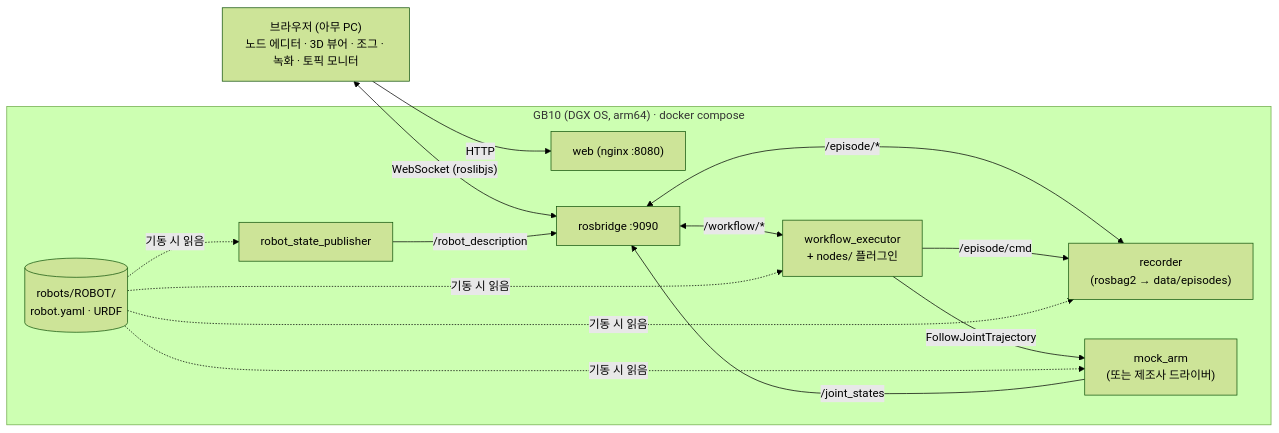
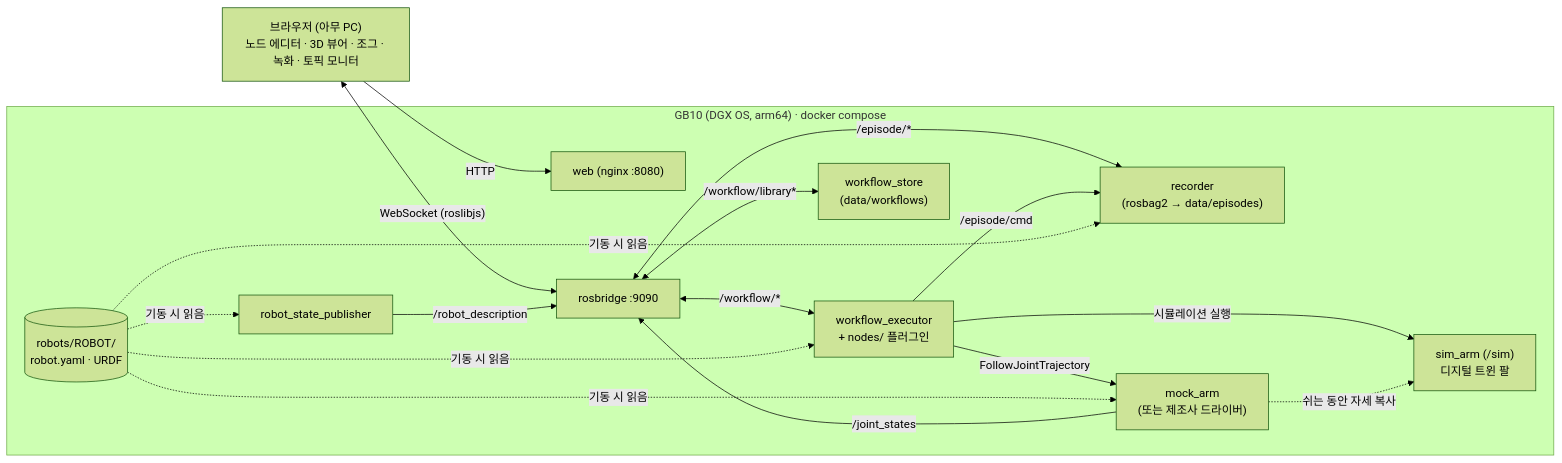
Before and after one commit to sgustjd2/physical-ai: the diagram in README.md, drawn with Mermaid (forest theme). The commit also changed other lines of this file and 22 other files, not shown here.

````diff
--- a/README.md
+++ b/README.md
@@ -23,22 +24,27 @@
 ```mermaid
 flowchart LR
   B["브라우저 (아무 PC)<br/>노드 에디터 · 3D 뷰어 · 조그 · 녹화 · 토픽 모니터"]
   subgraph GB10["GB10 (DGX OS, arm64) · docker compose"]
     W["web (nginx :8080)"]
     RB["rosbridge :9090"]
     EX["workflow_executor<br/>+ nodes/ 플러그인"]
+    ST["workflow_store<br/>(data/workflows)"]
+    SIM["sim_arm (/sim)<br/>디지털 트윈 팔"]
     REC["recorder<br/>(rosbag2 → data/episodes)"]
     RSP["robot_state_publisher"]
     M["mock_arm<br/>(또는 제조사 드라이버)"]
     P[("robots/ROBOT/<br/>robot.yaml · URDF")]
   end
   B -- HTTP --> W
   B <-- "WebSocket (roslibjs)" --> RB
   RB <-- "/workflow/*" --> EX
+  RB <-- "/workflow/library*" --> ST
+  EX -- "시뮬레이션 실행" --> SIM
+  M -. "쉬는 동안 자세 복사" .-> SIM
   RB <-- "/episode/*" --> REC
   EX -- "FollowJointTrajectory" --> M
   EX -- "/episode/cmd" --> REC
   M -- "/joint_states" --> RB
   RSP -- "/robot_description" --> RB
   P -. 기동 시 읽음 .-> EX & REC & RSP & M
 ```
````
